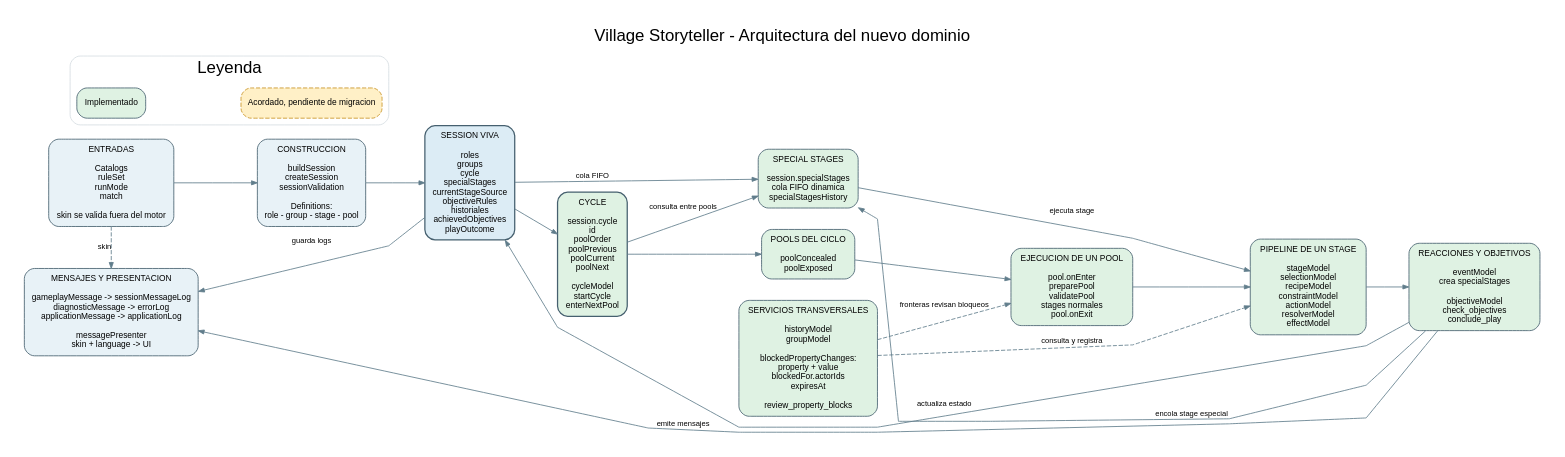
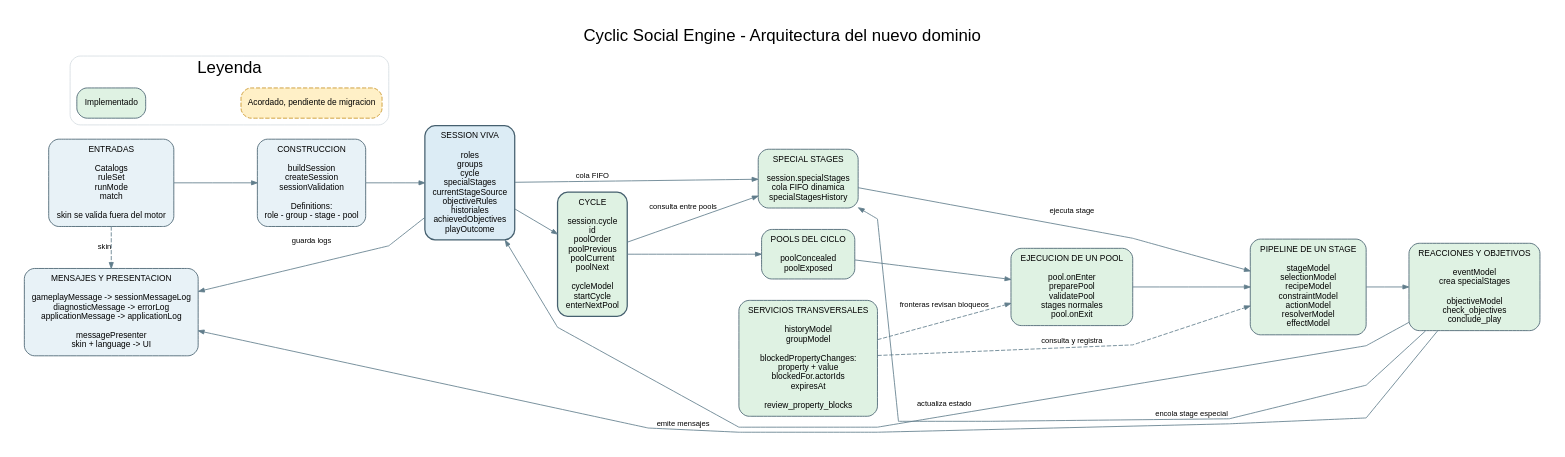
Before and after one commit to juanramonmorandeira/castronegro-director: the diagram in docs/domain_architecture.dot, drawn with Graphviz. The commit also changed 57 other files, not shown here.

```diff
--- a/docs/domain_architecture.dot
+++ b/docs/domain_architecture.dot
@@ -1,110 +1,110 @@
 digraph DomainArchitecture {
   graph [
     rankdir=LR,
     bgcolor="#ffffff",
     fontname="Arial",
     fontsize=20,
-    label="Village Storyteller - Arquitectura del nuevo dominio",
+    label="Cyclic Social Engine - Arquitectura del nuevo dominio",
     labelloc=t,
     pad=0.3,
     nodesep=0.35,
     ranksep=0.7,
     splines=polyline,
     compound=true
   ];
 
   node [
     shape=box,
     style="rounded,filled",
     fontname="Arial",
     fontsize=10,
     margin="0.14,0.10",
     color="#46606f",
     fillcolor="#dff2e3"
   ];
 
   edge [
     color="#607d8b",
     arrowsize=0.7,
     fontname="Arial",
     fontsize=9
   ];
 
   inputs [
     label="ENTRADAS\n\nCatalogs\nruleSet\nrunMode\nmatch\n\nskin se valida fuera del motor",
     fillcolor="#e8f2f7"
   ];
 
   assembly [
     label="CONSTRUCCION\n\nbuildSession\ncreateSession\nsessionValidation\n\nDefinitions:\nrole - group - stage - pool",
     fillcolor="#e8f2f7"
   ];
 
   session [
     label="SESSION VIVA\n\nroles\ngroups\ncycle\nspecialStages\ncurrentStageSource\nobjectiveRules\nhistoriales\nachievedObjectives\nplayOutcome",
     fillcolor="#dcecf5",
     penwidth=1.5
   ];
 
   cycle [
     label="CYCLE\n\nsession.cycle\nid\npoolOrder\npoolPrevious\npoolCurrent\npoolNext\n\ncycleModel\nstartCycle\nenterNextPool",
     fillcolor="#dff2e3",
     penwidth=1.5
   ];
 
   pools [
     label="POOLS DEL CICLO\n\npoolConcealed\npoolExposed",
     fillcolor="#dff2e3"
   ];
 
   specialStages [
     label="SPECIAL STAGES\n\nsession.specialStages\ncola FIFO dinamica\nspecialStagesHistory",
     fillcolor="#dff2e3"
   ];
 
   poolRuntime [
     label="EJECUCION DE UN POOL\n\npool.onEnter\npreparePool\nvalidatePool\nstages normales\npool.onExit",
     fillcolor="#dff2e3"
   ];
 
   stagePipeline [
     label="PIPELINE DE UN STAGE\n\nstageModel\nselectionModel\nrecipeModel\nconstraintModel\nactionModel\nresolverModel\neffectModel",
     fillcolor="#dff2e3"
   ];
 
   reactions [
     label="REACCIONES Y OBJETIVOS\n\neventModel\ncrea specialStages\n\nobjectiveModel\ncheck_objectives\nconclude_play",
     fillcolor="#dff2e3"
   ];
 
   services [
     label="SERVICIOS TRANSVERSALES\n\nhistoryModel\ngroupModel\n\nblockedPropertyChanges:\nproperty + value\nblockedFor.actorIds\nexpiresAt\n\nreview_property_blocks",
     fillcolor="#dff2e3"
   ];
 
   messages [
     label="MENSAJES Y PRESENTACION\n\ngameplayMessage -> sessionMessageLog\ndiagnosticMessage -> errorLog\napplicationMessage -> applicationLog\n\nmessagePresenter\nskin + language -> UI",
     fillcolor="#e8f2f7"
   ];
 
   inputs -> assembly -> session -> cycle -> pools -> poolRuntime -> stagePipeline -> reactions;
   session -> specialStages [label="cola FIFO"];
   cycle -> specialStages [label="consulta entre pools"];
   specialStages -> stagePipeline [label="ejecuta stage"];
   reactions -> session [label="actualiza estado", constraint=false];
   reactions -> specialStages [label="encola stage especial", constraint=false];
   reactions -> messages [label="emite mensajes", constraint=false];
   session -> messages [label="guarda logs", constraint=false];
   inputs -> messages [label="skin", style=dashed, constraint=false];
   services -> stagePipeline [label="consulta y registra", style=dashed];
   services -> poolRuntime [label="fronteras revisan bloqueos", style=dashed];
 
   subgraph cluster_legend {
     label="Leyenda";
     color="#d5dde2";
     style="rounded";
     implemented [label="Implementado", fillcolor="#dff2e3"];
     agreed [label="Acordado, pendiente de migracion", fillcolor="#fff0c7", style="rounded,filled,dashed", color="#c89223"];
     implemented -> agreed [style=invis];
   }
 }
```
